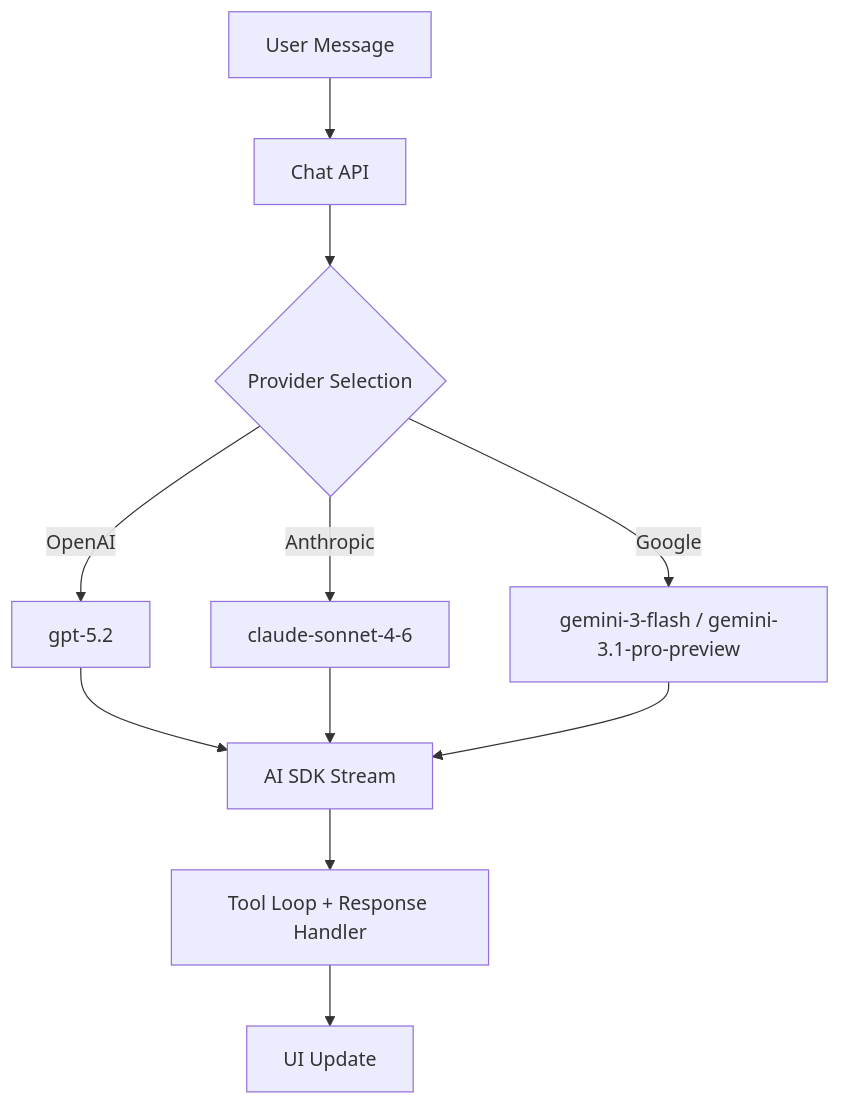
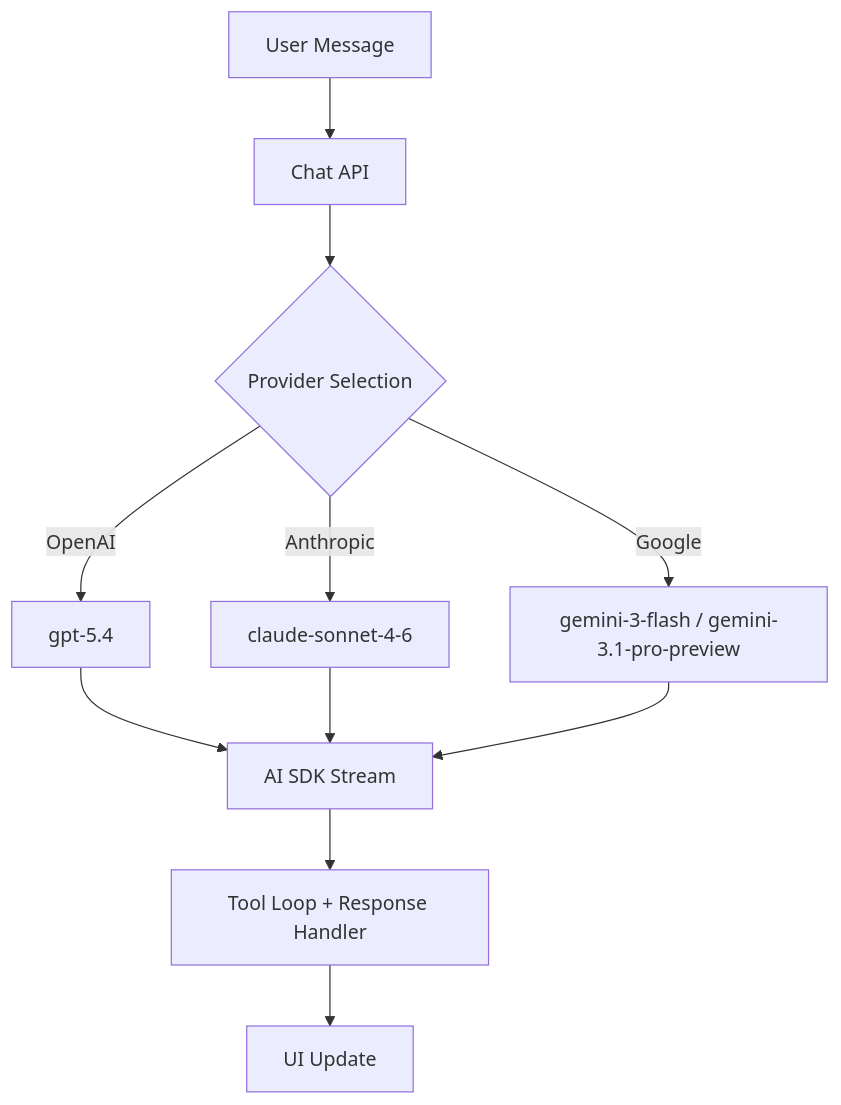
Before and after one commit to ryokun6/ryos: the first of 3 diagrams in docs/4-ai-system.md, drawn with Mermaid. The commit also changed other lines of this file and 12 other files, not shown here.

First line of the commit message:
Update the default OpenAI model to GPT-5.4

````diff
--- a/docs/4-ai-system.md
+++ b/docs/4-ai-system.md
@@ -20,13 +20,13 @@
 ```mermaid
 graph TD
     A[User Message] --> B[Chat API]
     B --> C{Provider Selection}
-    C -->|OpenAI| D[gpt-5.2]
+    C -->|OpenAI| D[gpt-5.4]
     C -->|Anthropic| E[claude-sonnet-4-6]
     C -->|Google| F[gemini-3-flash / gemini-3.1-pro-preview]
     D --> G[AI SDK Stream]
     E --> G
     F --> G
     G --> H[Tool Loop + Response Handler]
     H --> I[UI Update]
 ```
````
